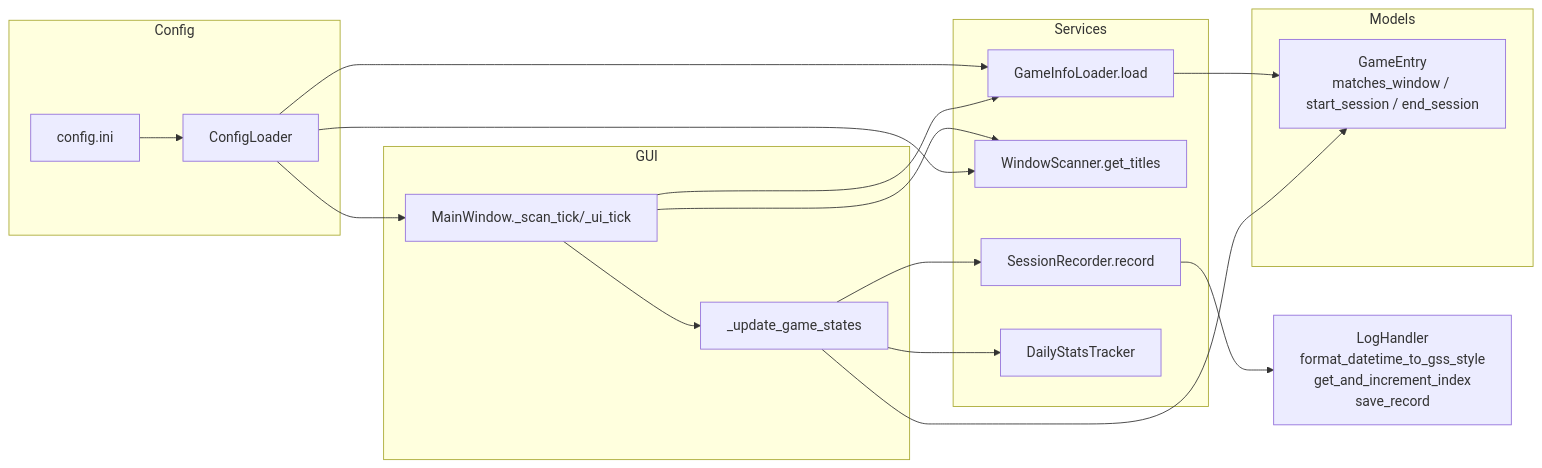
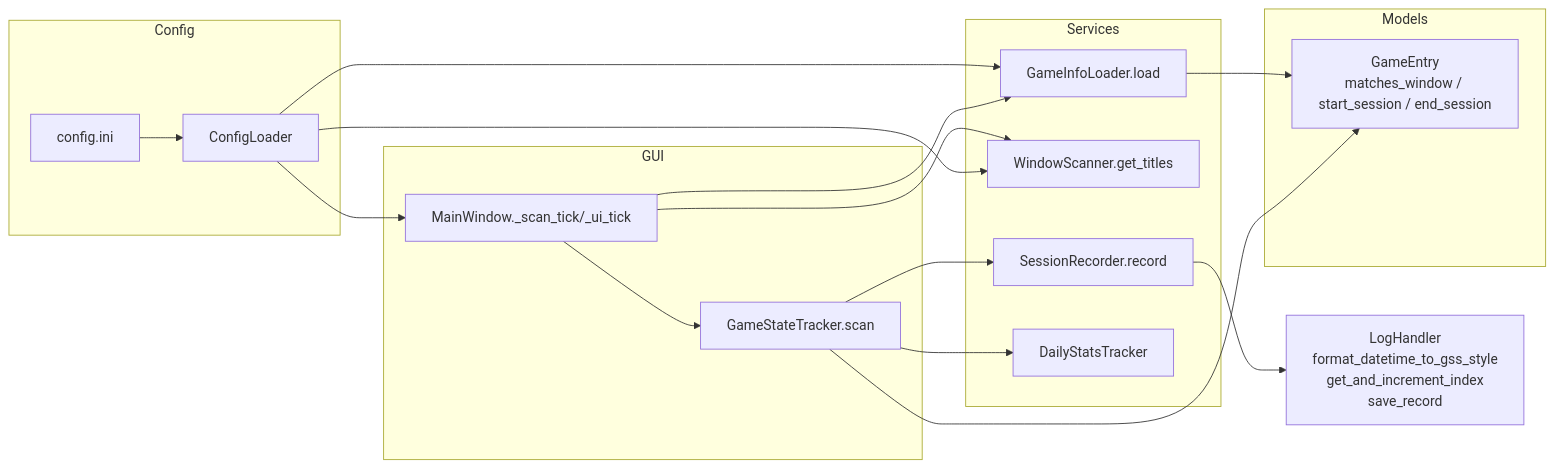
The diagram in README.md (ynanigashi/game_time_tracker), drawn with Mermaid before and after one commit. The commit also changed other lines of this file and 7 other files, not shown here.

Commit message:
refactor: modularize main window flow and update docs

````diff
--- a/README.md
+++ b/README.md
@@ -207,31 +207,31 @@
 ```mermaid
 flowchart LR
     subgraph Config
         C[config.ini] --> CL[ConfigLoader]
     end
     subgraph Models
         GE[GameEntry<br/>matches_window / start_session / end_session]
     end
     subgraph Services
         GIL[GameInfoLoader.load] --> GE
         WS[WindowScanner.get_titles]
         SR[SessionRecorder.record]
         DS[DailyStatsTracker]
     end
     subgraph GUI
         MW[MainWindow._scan_tick/_ui_tick]
-        US[_update_game_states]
+        GST[GameStateTracker.scan]
     end
 
     MW --> WS
-    MW --> US
-    US --> GE
-    US --> SR
-    US --> DS
+    MW --> GST
+    GST --> GE
+    GST --> SR
+    GST --> DS
     SR --> LH[LogHandler<br/>format_datetime_to_gss_style<br/>get_and_increment_index<br/>save_record]
 
     CL --> MW
     CL --> GIL
     CL --> WS
     MW --> GIL
 ```
````
